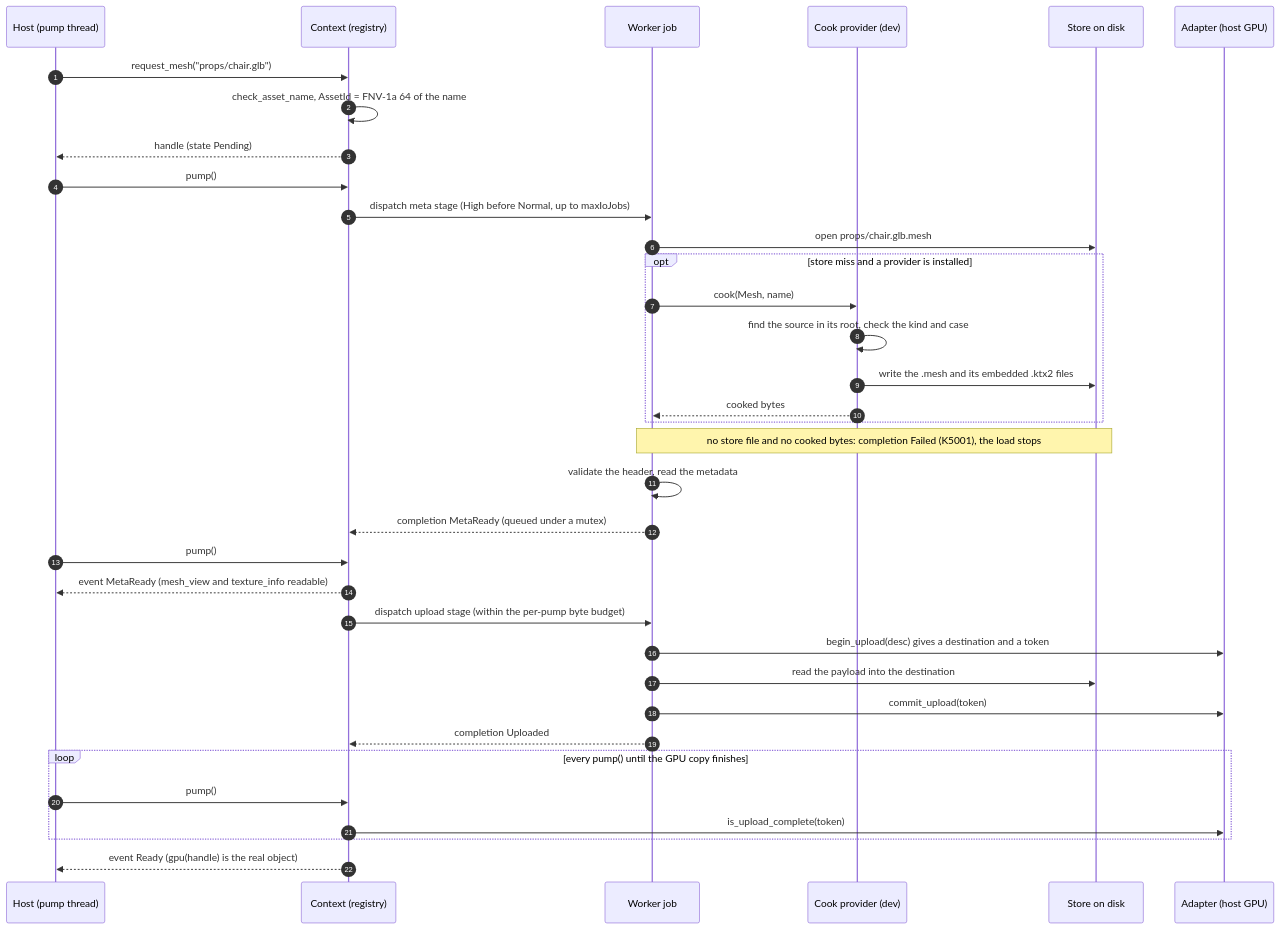
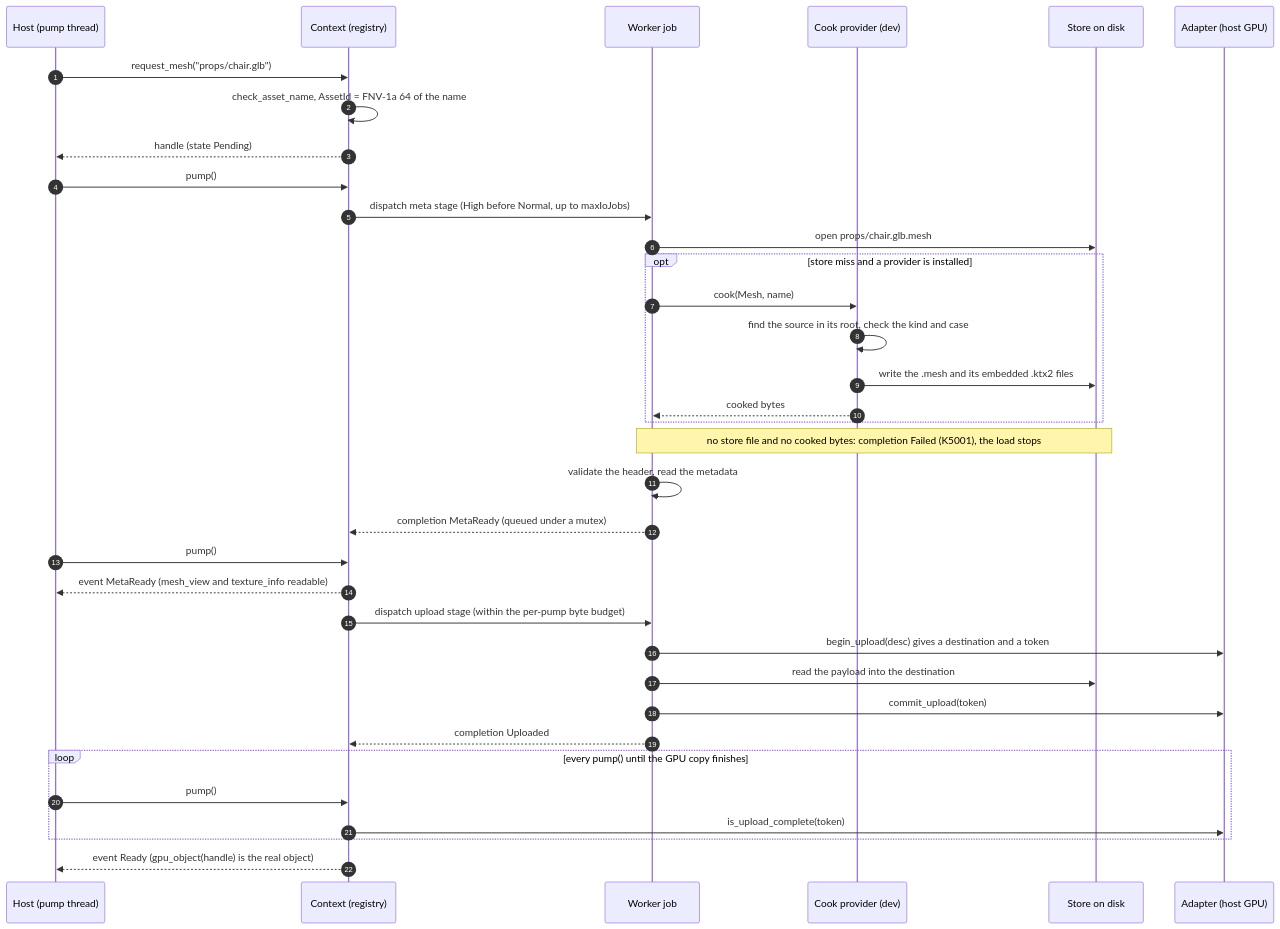
One commit to sigman78/Kiln changed the second of 3 diagrams in docs/design/architecture.md. Above: the diagram before and after it, drawn with Mermaid. The commit also changed other lines of this file and 32 other files, not shown here.

First line of the commit message:
runtime: placeholder_object, texture_asset_name, gpu() renamed gpu_object()

````diff
--- a/docs/design/architecture.md
+++ b/docs/design/architecture.md
@@ -67,41 +67,41 @@
 ```mermaid
 sequenceDiagram
     autonumber
     participant Host as Host (pump thread)
     participant Ctx as Context (registry)
     participant Worker as Worker job
     participant Prov as Cook provider (dev)
     participant Store as Store on disk
     participant Adapter as Adapter (host GPU)
 
     Host->>Ctx: request_mesh("props/chair.glb")
     Ctx->>Ctx: check_asset_name, AssetId = FNV-1a 64 of the name
     Ctx-->>Host: handle (state Pending)
 
     Host->>Ctx: pump()
     Ctx->>Worker: dispatch meta stage (High before Normal, up to maxIoJobs)
     Worker->>Store: open props/chair.glb.mesh
     opt store miss and a provider is installed
         Worker->>Prov: cook(Mesh, name)
         Prov->>Prov: find the source in its root, check the kind and case
         Prov->>Store: write the .mesh and its embedded .ktx2 files
         Prov-->>Worker: cooked bytes
     end
     Note over Worker,Store: no store file and no cooked bytes: completion Failed (K5001), the load stops
     Worker->>Worker: validate the header, read the metadata
     Worker-->>Ctx: completion MetaReady (queued under a mutex)
 
     Host->>Ctx: pump()
     Ctx-->>Host: event MetaReady (mesh_view and texture_info readable)
     Ctx->>Worker: dispatch upload stage (within the per-pump byte budget)
     Worker->>Adapter: begin_upload(desc) gives a destination and a token
     Worker->>Store: read the payload into the destination
     Worker->>Adapter: commit_upload(token)
     Worker-->>Ctx: completion Uploaded
 
     loop every pump() until the GPU copy finishes
         Host->>Ctx: pump()
         Ctx->>Adapter: is_upload_complete(token)
     end
-    Ctx-->>Host: event Ready (gpu(handle) is the real object)
+    Ctx-->>Host: event Ready (gpu_object(handle) is the real object)
 ```
````
